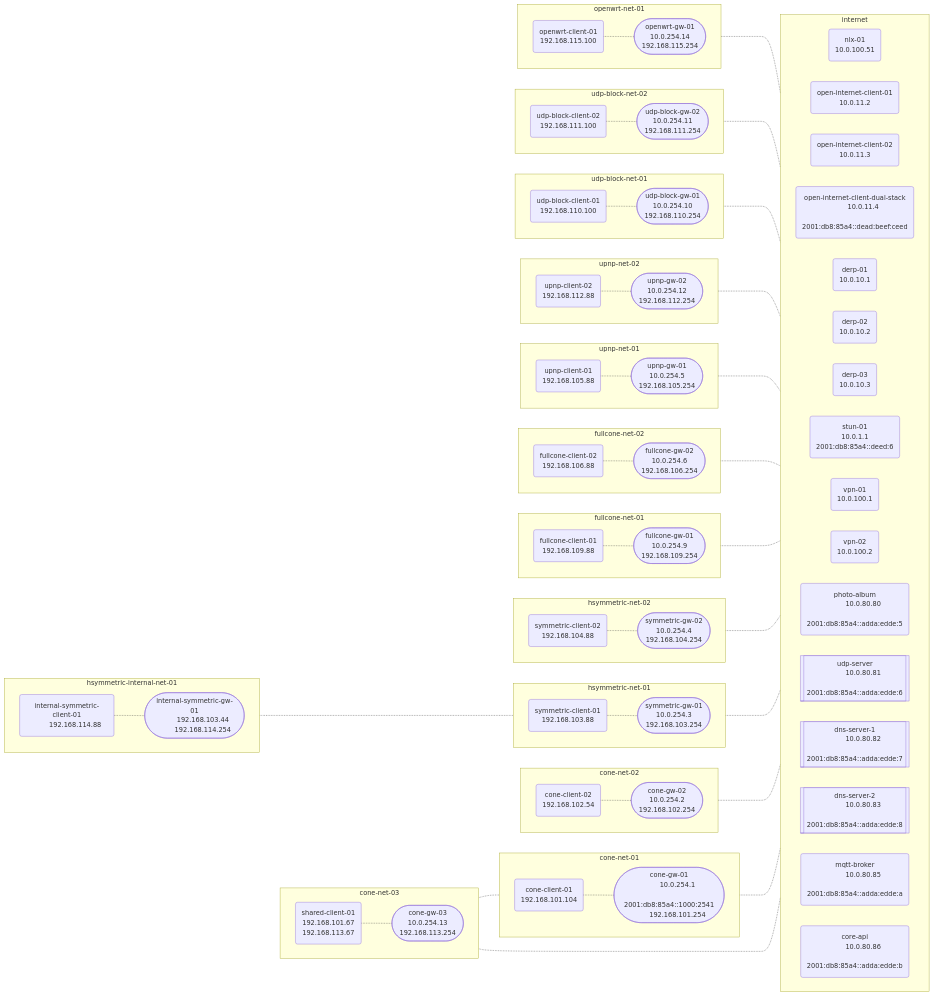
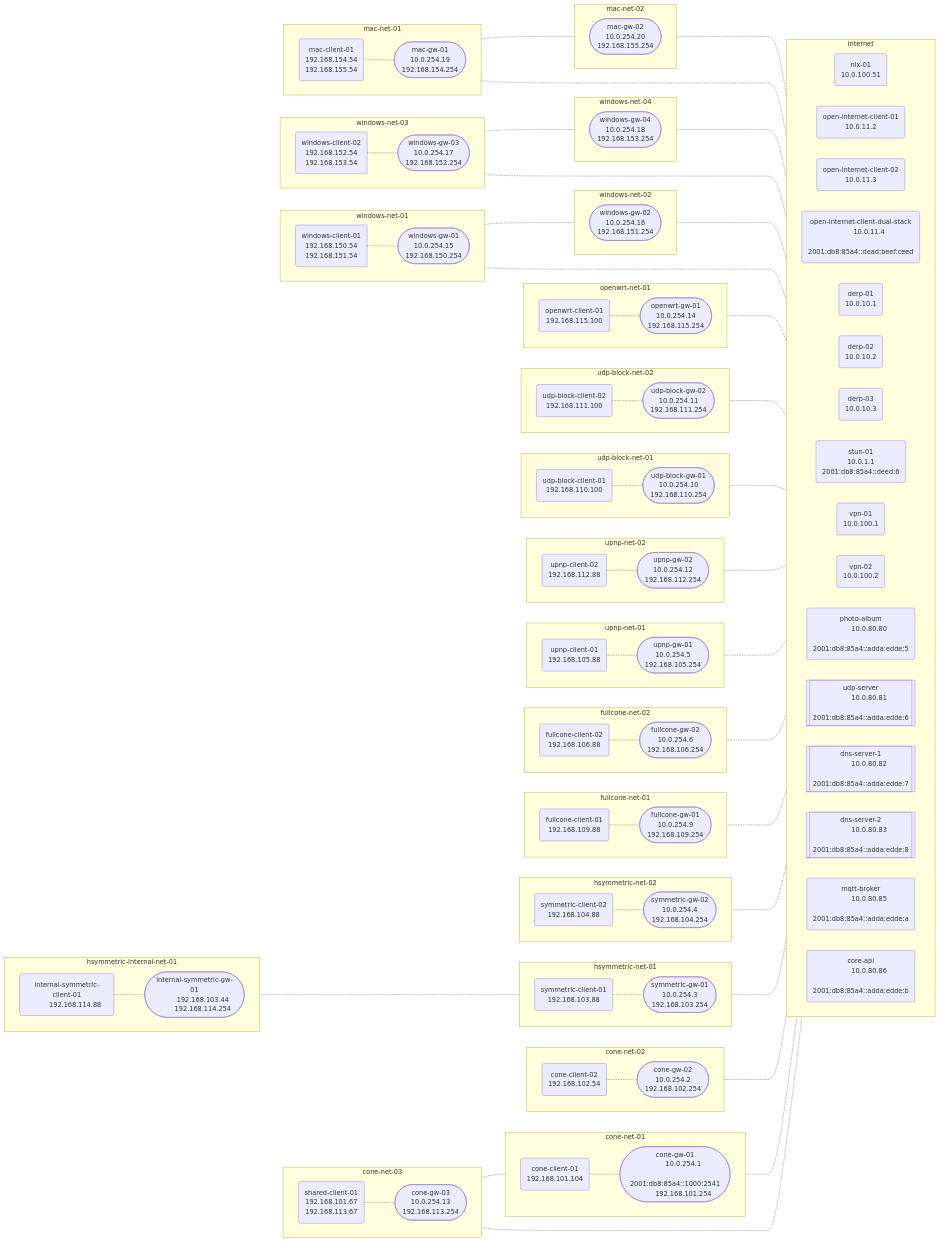
The diagram in nat-lab/network.md (NordSecurity/libtelio), drawn with Mermaid before and after one commit.

Commit message:
update network diagram

````diff
--- a/nat-lab/network.md
+++ b/nat-lab/network.md
@@ -180,6 +180,72 @@
         192.168.115.254"])
   end
 
+  %% Network windows-net-01
+  subgraph windows-net-01[windows-net-01]
+  direction LR
+    windows-client-01("windows-client-01
+        192.168.150.54
+        192.168.151.54")
+    windows-gw-01(["windows-gw-01
+        10.0.254.15
+        192.168.150.254"])
+  end
+
+  %% Network windows-net-02
+  subgraph windows-net-02[windows-net-02]
+  direction LR
+    windows-client-01("windows-client-01
+        192.168.150.54
+        192.168.151.54")
+    windows-gw-02(["windows-gw-02
+        10.0.254.16
+        192.168.151.254"])
+  end
+
+  %% Network windows-net-03
+  subgraph windows-net-03[windows-net-03]
+  direction LR
+    windows-client-02("windows-client-02
+        192.168.152.54
+        192.168.153.54")
+    windows-gw-03(["windows-gw-03
+        10.0.254.17
+        192.168.152.254"])
+  end
+
+  %% Network windows-net-04
+  subgraph windows-net-04[windows-net-04]
+  direction LR
+    windows-client-02("windows-client-02
+        192.168.152.54
+        192.168.153.54")
+    windows-gw-04(["windows-gw-04
+        10.0.254.18
+        192.168.153.254"])
+  end
+
+  %% Network mac-net-01
+  subgraph mac-net-01[mac-net-01]
+  direction LR
+    mac-client-01("mac-client-01
+        192.168.154.54
+        192.168.155.54")
+    mac-gw-01(["mac-gw-01
+        10.0.254.19
+        192.168.154.254"])
+  end
+
+  %% Network mac-net-02
+  subgraph mac-net-02[mac-net-02]
+  direction LR
+    mac-client-01("mac-client-01
+        192.168.154.54
+        192.168.155.54")
+    mac-gw-02(["mac-gw-02
+        10.0.254.20
+        192.168.155.254"])
+  end
+
   %% Node Connections
   cone-gw-01 -..- internet
   cone-gw-02 -..- internet
@@ -193,6 +259,12 @@
   udp-block-gw-01 -..- internet
   udp-block-gw-02 -..- internet
   openwrt-gw-01 -..- internet
+  windows-gw-01 -..- internet
+  windows-gw-02 -..- internet
+  windows-gw-03 -..- internet
+  windows-gw-04 -..- internet
+  mac-gw-01 -..- internet
+  mac-gw-02 -..- internet
   cone-client-01 -.- cone-gw-01
   shared-client-01 -.- cone-gw-01
   shared-client-01 -.- cone-gw-03
@@ -208,4 +280,10 @@
   udp-block-client-01 -.- udp-block-gw-01
   udp-block-client-02 -.- udp-block-gw-02
   openwrt-client-01 -.- openwrt-gw-01
+  windows-client-01 -.- windows-gw-01
+  windows-client-01 -.- windows-gw-02
+  windows-client-02 -.- windows-gw-03
+  windows-client-02 -.- windows-gw-04
+  mac-client-01 -.- mac-gw-01
+  mac-client-01 -.- mac-gw-02
 ```
````
